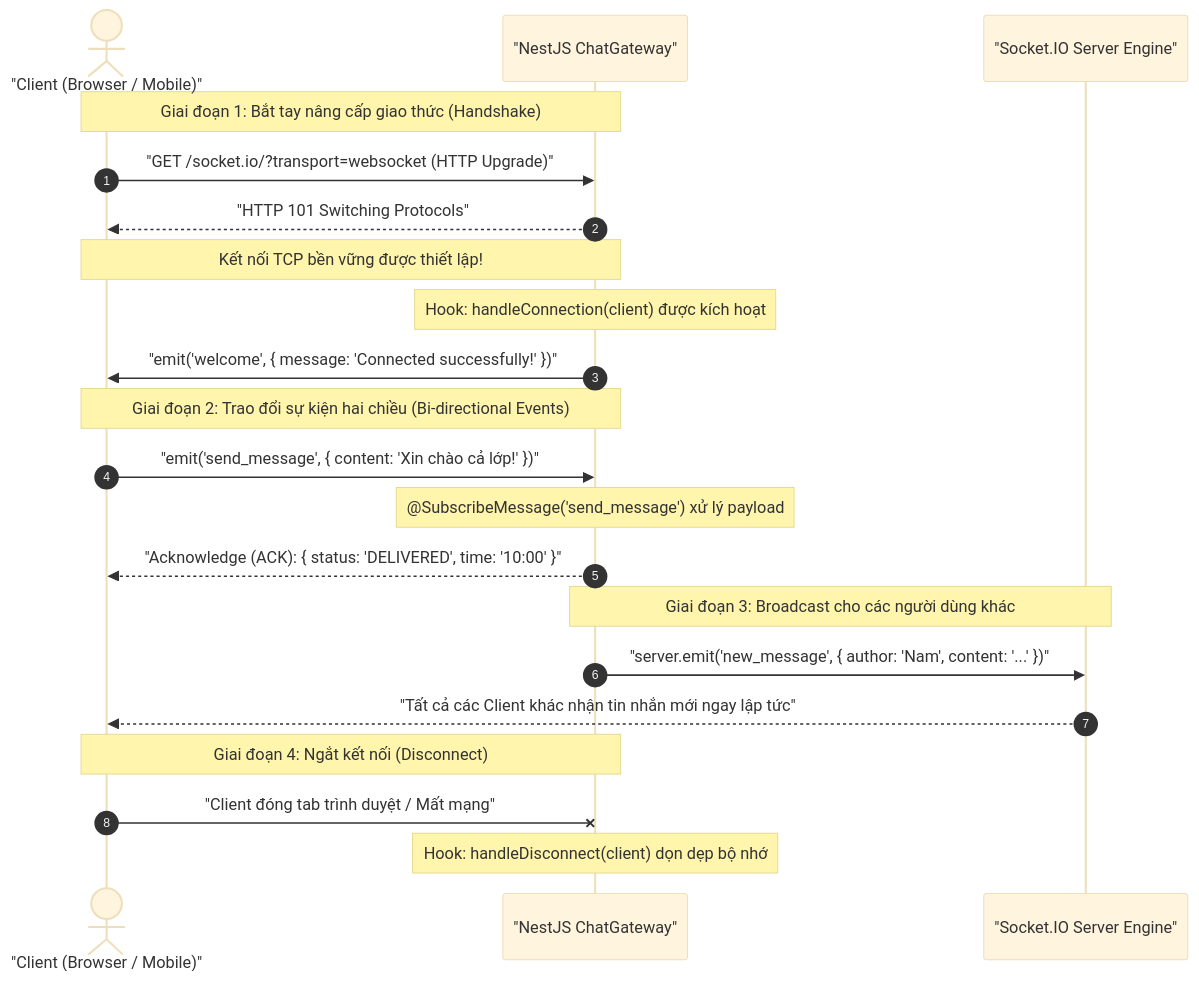
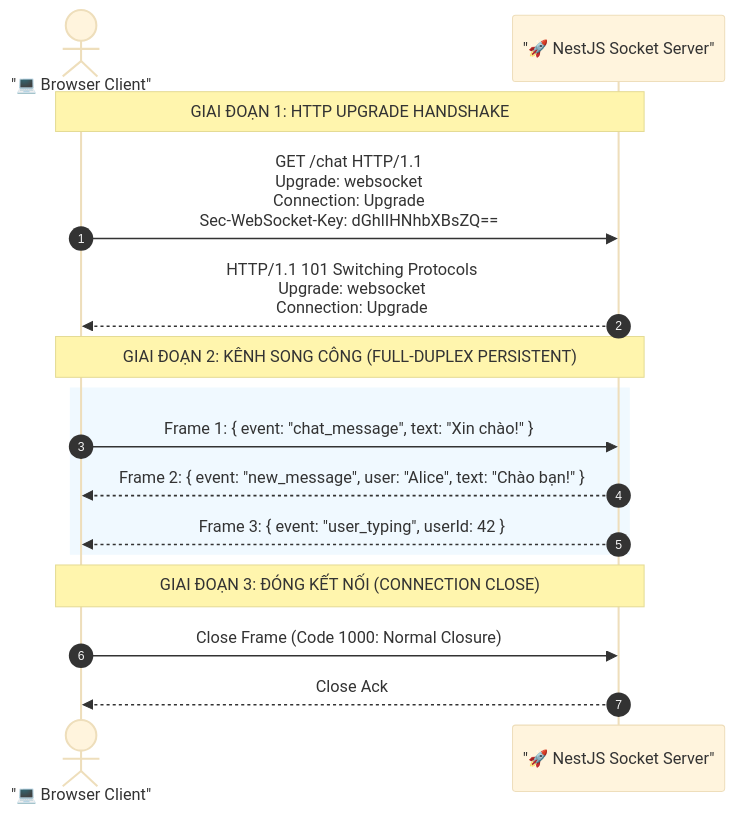
One commit to thanhmati/nestjs-basic-course changed the diagram in docs/modules/module-06/lesson-6.1/lesson-6.1.md. Above: the diagram before and after it, drawn with Mermaid (base theme). The commit also changed other lines of this file and 12 other files, not shown here.

````diff
--- a/docs/modules/module-06/lesson-6.1/lesson-6.1.md
+++ b/docs/modules/module-06/lesson-6.1/lesson-6.1.md
@@ -129,28 +79,21 @@
 ```mermaid
 sequenceDiagram
     autonumber
-    actor Client as "Client (Browser / Mobile)"
-    participant Gateway as "NestJS ChatGateway"
-    participant Server as "Socket.IO Server Engine"
+    actor Client as "💻 Browser Client"
+    participant Server as "🚀 NestJS Socket Server"
 
-    Note over Client, Gateway: Giai đoạn 1: Bắt tay nâng cấp giao thức (Handshake)
-    Client->>Gateway: "GET /socket.io/?transport=websocket (HTTP Upgrade)"
-    Gateway-->>Client: "HTTP 101 Switching Protocols"
-    Note over Client, Gateway: Kết nối TCP bền vững được thiết lập!
+    Note over Client,Server: GIAI ĐOẠN 1: HTTP UPGRADE HANDSHAKE
+    Client->>Server: GET /chat HTTP/1.1<br/>Upgrade: websocket<br/>Connection: Upgrade<br/>Sec-WebSocket-Key: dGhlIHNhbXBsZQ==
+    Server-->>Client: HTTP/1.1 101 Switching Protocols<br/>Upgrade: websocket<br/>Connection: Upgrade
 
-    Note over Gateway: Hook: handleConnection(client) được kích hoạt
-    Gateway->>Client: "emit('welcome', { message: 'Connected successfully!' })"
+    Note over Client,Server: GIAI ĐOẠN 2: KÊNH SONG CÔNG (FULL-DUPLEX PERSISTENT)
+    rect rgb(240, 249, 255)
+        Client->>Server: Frame 1: { event: "chat_message", text: "Xin chào!" }
+        Server-->>Client: Frame 2: { event: "new_message", user: "Alice", text: "Chào bạn!" }
+        Server-->>Client: Frame 3: { event: "user_typing", userId: 42 }
+    end
 
-    Note over Client, Gateway: Giai đoạn 2: Trao đổi sự kiện hai chiều (Bi-directional Events)
-    Client->>Gateway: "emit('send_message', { content: 'Xin chào cả lớp!' })"
-    Note over Gateway: @SubscribeMessage('send_message') xử lý payload
-    Gateway-->>Client: "Acknowledge (ACK): { status: 'DELIVERED', time: '10:00' }"
-
-    Note over Gateway, Server: Giai đoạn 3: Broadcast cho các người dùng khác
-    Gateway->>Server: "server.emit('new_message', { author: 'Nam', content: '...' })"
-    Server-->>Client: "Tất cả các Client khác nhận tin nhắn mới ngay lập tức"
-
-    Note over Client, Gateway: Giai đoạn 4: Ngắt kết nối (Disconnect)
-    Client-xGateway: "Client đóng tab trình duyệt / Mất mạng"
-    Note over Gateway: Hook: handleDisconnect(client) dọn dẹp bộ nhớ
+    Note over Client,Server: GIAI ĐOẠN 3: ĐÓNG KẾT NỐI (CONNECTION CLOSE)
+    Client->>Server: Close Frame (Code 1000: Normal Closure)
+    Server-->>Client: Close Ack
 ```
````
